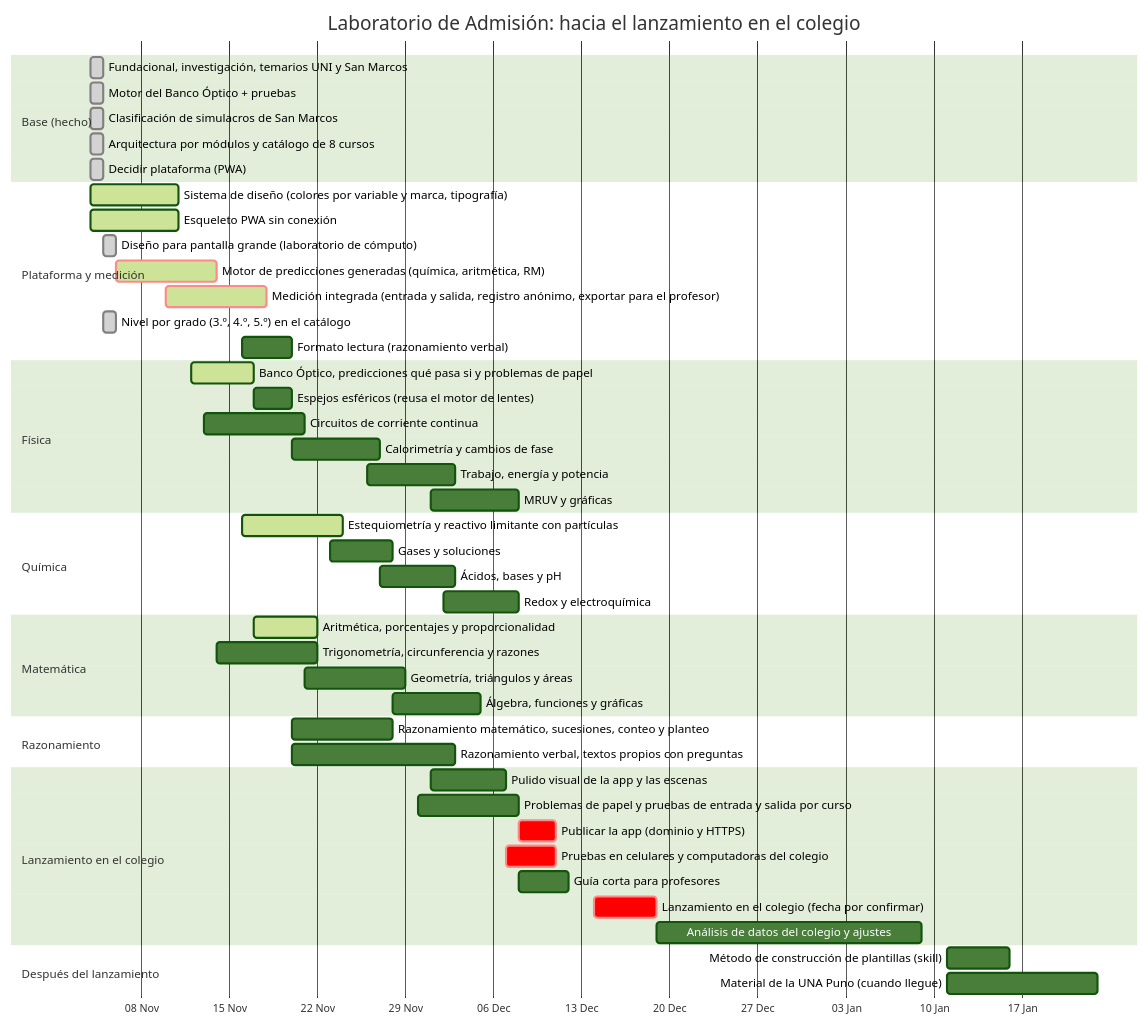
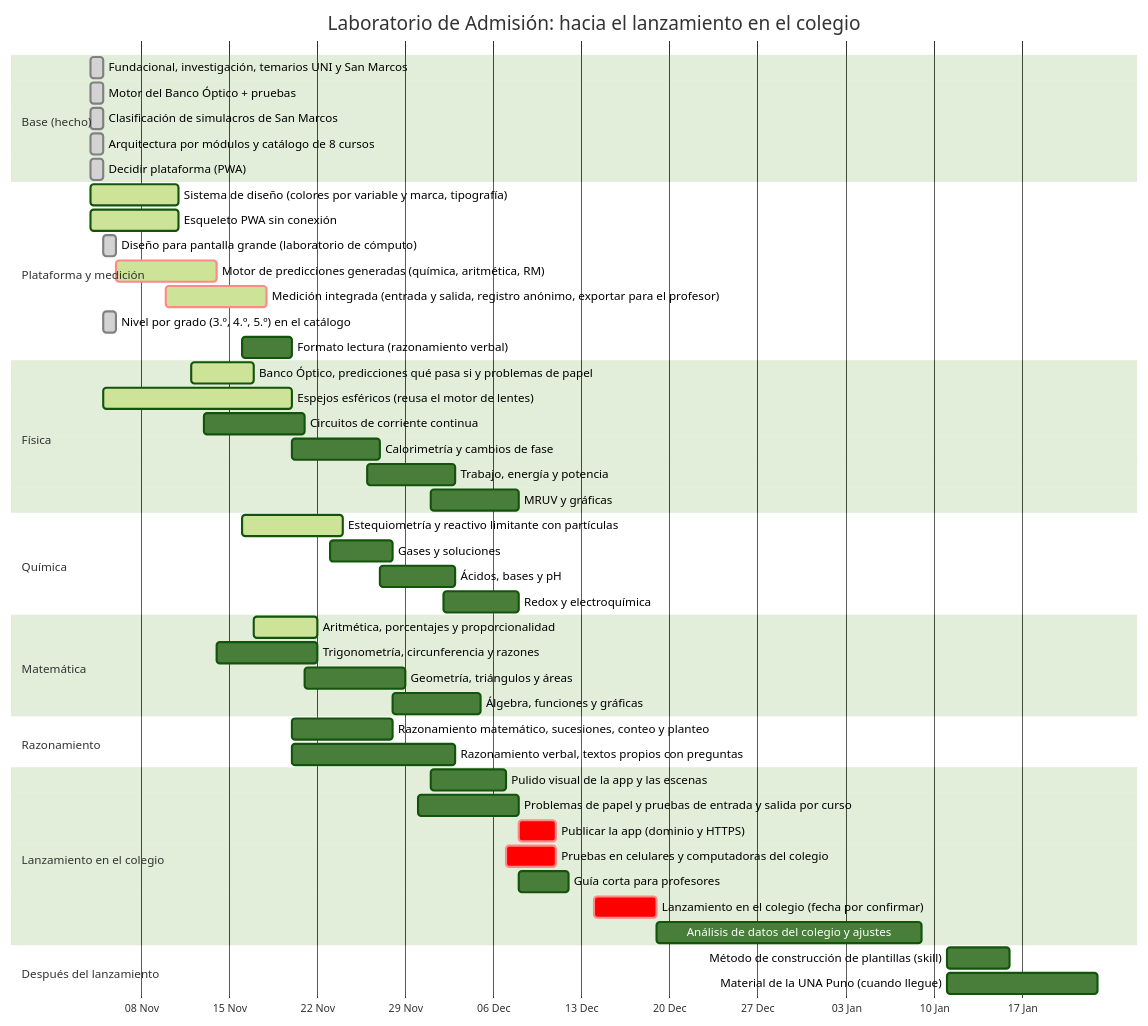
One commit to Eltiokarma/Mesa-de-Estudios changed the diagram in docs/hoja-de-ruta.md. Above: the diagram before and after it, drawn with Mermaid (forest theme). The commit also changed 12 other files, not shown here.

First line of the commit message:
Espejos esféricos: plantilla completa, y cáscara crema en el Banco Óptico

````diff
--- a/docs/hoja-de-ruta.md
+++ b/docs/hoja-de-ruta.md
@@ -52,59 +52,59 @@
 ```mermaid
 gantt
     title Laboratorio de Admisión: hacia el lanzamiento en el colegio
     dateFormat  YYYY-MM-DD
     axisFormat  %d %b
 
     section Base (hecho)
     Fundacional, investigación, temarios UNI y San Marcos :done, f0a, 2026-11-04, 2026-11-05
     Motor del Banco Óptico + pruebas :done, f0b, 2026-11-04, 2026-11-05
     Clasificación de simulacros de San Marcos :done, f0c, 2026-11-04, 2026-11-05
     Arquitectura por módulos y catálogo de 8 cursos :done, f0g, 2026-11-04, 2026-11-05
     Decidir plataforma (PWA) :done, f0d, 2026-11-04, 2026-11-05
 
     section Plataforma y medición
     Sistema de diseño (colores por variable y marca, tipografía) :active, f0e, 2026-11-04, 2026-11-11
     Esqueleto PWA sin conexión :active, f0f, 2026-11-04, 2026-11-11
     Diseño para pantalla grande (laboratorio de cómputo) :done, pl1, 2026-11-05, 2026-11-06
     Motor de predicciones generadas (química, aritmética, RM) :active, crit, pl3, 2026-11-06, 2026-11-14
     Medición integrada (entrada y salida, registro anónimo, exportar para el profesor) :active, crit, pl2, 2026-11-10, 2026-11-18
     Nivel por grado (3.º, 4.º, 5.º) en el catálogo :done, pl5, 2026-11-05, 2026-11-06
     Formato lectura (razonamiento verbal) :pl4, 2026-11-16, 2026-11-20
 
     section Física
     Banco Óptico, predicciones qué pasa si y problemas de papel :active, fi1, 2026-11-12, 2026-11-17
-    Espejos esféricos (reusa el motor de lentes) :fi5, 2026-11-17, 2026-11-20
+    Espejos esféricos (reusa el motor de lentes) :active, fi5, 2026-11-05, 2026-11-20
     Circuitos de corriente continua :fi2, 2026-11-13, 2026-11-21
     Calorimetría y cambios de fase :fi3, 2026-11-20, 2026-11-27
     Trabajo, energía y potencia :fi4, 2026-11-26, 2026-12-03
     MRUV y gráficas :fi6, 2026-12-01, 2026-12-08
 
     section Química
     Estequiometría y reactivo limitante con partículas :active, qu1, 2026-11-16, 2026-11-24
     Gases y soluciones :qu2, 2026-11-23, 2026-11-28
     Ácidos, bases y pH :qu3, 2026-11-27, 2026-12-03
     Redox y electroquímica :qu4, 2026-12-02, 2026-12-08
 
     section Matemática
     Aritmética, porcentajes y proporcionalidad :active, ma4, 2026-11-17, 2026-11-22
     Trigonometría, circunferencia y razones :ma1, 2026-11-14, 2026-11-22
     Geometría, triángulos y áreas :ma2, 2026-11-21, 2026-11-29
     Álgebra, funciones y gráficas :ma3, 2026-11-28, 2026-12-05
 
     section Razonamiento
     Razonamiento matemático, sucesiones, conteo y planteo :ra1, 2026-11-20, 2026-11-28
     Razonamiento verbal, textos propios con preguntas :ra2, 2026-11-20, 2026-12-03
 
     section Lanzamiento en el colegio
     Pulido visual de la app y las escenas :pl6, 2026-12-01, 2026-12-07
     Problemas de papel y pruebas de entrada y salida por curso :la1, 2026-11-30, 2026-12-08
     Publicar la app (dominio y HTTPS) :crit, la3, 2026-12-08, 2026-12-11
     Pruebas en celulares y computadoras del colegio :crit, la2, 2026-12-07, 2026-12-11
     Guía corta para profesores :la4, 2026-12-08, 2026-12-12
     Lanzamiento en el colegio (fecha por confirmar) :crit, la5, 2026-12-14, 2026-12-19
     Análisis de datos del colegio y ajustes :la6, 2026-12-19, 2027-01-09
 
     section Después del lanzamiento
     Método de construcción de plantillas (skill) :f2a, 2027-01-11, 2027-01-16
     Material de la UNA Puno (cuando llegue) :f2c, 2027-01-11, 2027-01-23
 ```
````
